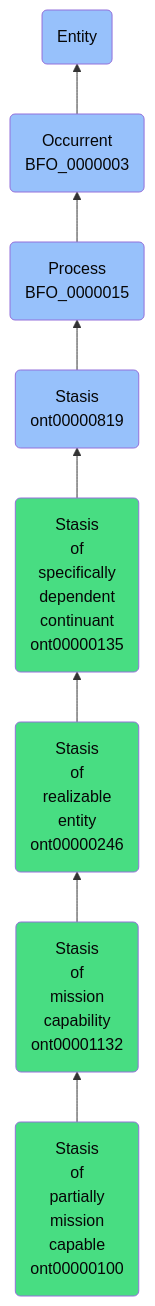
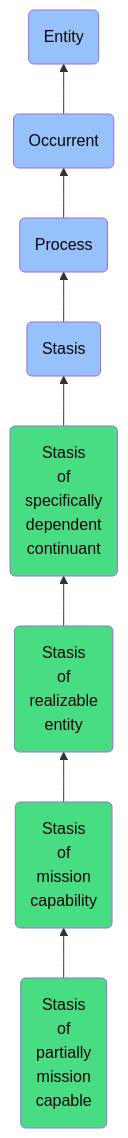
The diagram in docs/ontology/reference/model/Entity/Occurrent/Process/Stasis/Stasis of specifically dependent continuant/Stasis of realizable entity/Stasis of mission capability/Stasis of partially mission capable/Stasis of partially mission capable.md (jupyter-naas/abi), drawn with Mermaid before and after one commit. The commit also changed other lines of this file and 1430 other files, not shown here.

````diff
--- a/docs/ontology/reference/model/Entity/Occurrent/Process/Stasis/Stasis of specifically dependent continuant/Stasis of realizable entity/Stasis of mission capability/Stasis of partially mission capable/Stasis of partially mission capable.md
+++ b/docs/ontology/reference/model/Entity/Occurrent/Process/Stasis/Stasis of specifically dependent continuant/Stasis of realizable entity/Stasis of mission capability/Stasis of partially mission capable/Stasis of partially mission capable.md
@@ -24,15 +24,15 @@
 ```mermaid
 graph BT
-    ont00000100(Stasis<br>of<br>partially<br>mission<br>capable<br>ont00000100):::ABI-->ont00001132
-    ont00001132(Stasis<br>of<br>mission<br>capability<br>ont00001132):::ABI-->ont00000246
-    ont00000246(Stasis<br>of<br>realizable<br>entity<br>ont00000246):::ABI-->ont00000135
-    ont00000135(Stasis<br>of<br>specifically<br>dependent<br>continuant<br>ont00000135):::ABI-->ont00000819
-    ont00000819(Stasis<br>ont00000819):::BFO-->BFO_0000015
-    BFO_0000015(Process<br>BFO_0000015):::BFO-->BFO_0000003
-    BFO_0000003(Occurrent<br>BFO_0000003):::BFO-->BFO_0000001
+    ont00000100(Stasis<br>of<br>partially<br>mission<br>capable):::ABI-->ont00001132
+    ont00001132(Stasis<br>of<br>mission<br>capability):::ABI-->ont00000246
+    ont00000246(Stasis<br>of<br>realizable<br>entity):::ABI-->ont00000135
+    ont00000135(Stasis<br>of<br>specifically<br>dependent<br>continuant):::ABI-->ont00000819
+    ont00000819(Stasis):::BFO-->BFO_0000015
+    BFO_0000015(Process):::BFO-->BFO_0000003
+    BFO_0000003(Occurrent):::BFO-->BFO_0000001
     BFO_0000001(Entity):::BFO
     
     classDef BFO fill:#97c1fb,color:#060606
     classDef CCO fill:#e4c51e,color:#060606
     classDef ABI fill:#48DD82,color:#060606
 ```
````
